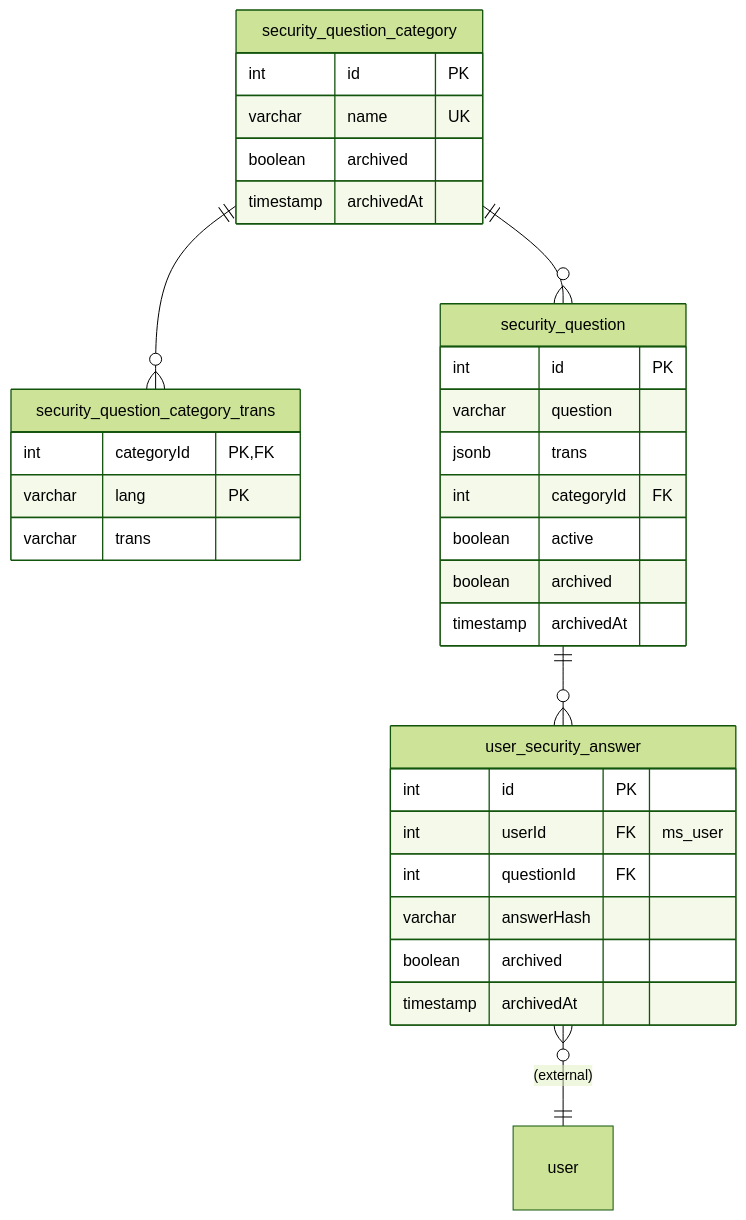
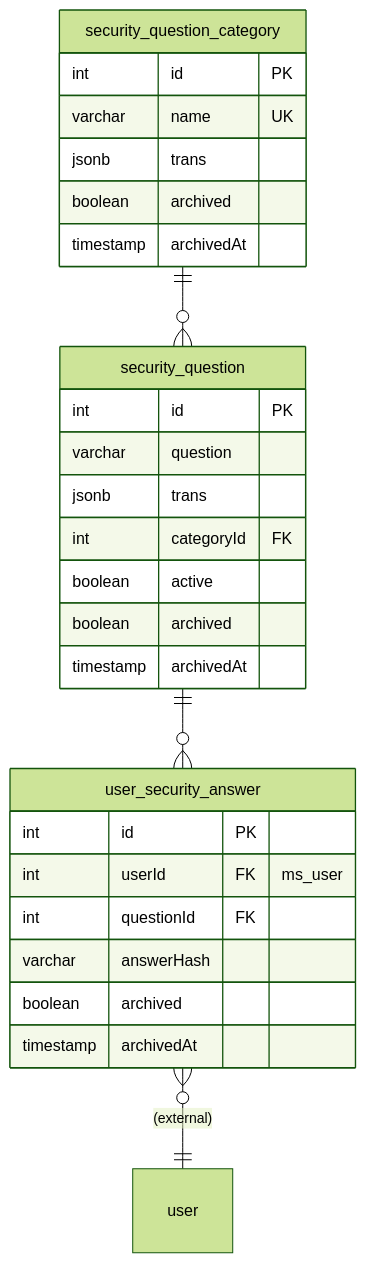
One commit to ALTEN-group/Foxnox changed the second of 2 diagrams in doc/erd.md. Above: the diagram before and after it, drawn with Mermaid (forest theme). The commit also changed 6 other files, not shown here.

First line of the commit message:
refactor(security-questions): store category translations in a jsonb column

````diff
--- a/doc/erd.md
+++ b/doc/erd.md
@@ -89,48 +89,42 @@
 ```mermaid
 ---
 caption: Entity Relationship Diagram - Security Questions
 ---
 
 erDiagram
 
-  security_question_category ||--o{ security_question_category_trans : ""
   security_question_category ||--o{ security_question : ""
   security_question ||--o{ user_security_answer : ""
   user_security_answer }o--|| user : "(external)"
 
   security_question_category {
     int id PK
     varchar name UK
+    jsonb trans
     boolean archived
     timestamp archivedAt
-  }
-
-  security_question_category_trans {
-    int categoryId PK, FK
-    varchar lang PK
-    varchar trans
   }
 
   security_question {
     int id PK
     varchar question
     jsonb trans
     int categoryId FK
     boolean active
     boolean archived
     timestamp archivedAt
   }
 
   user_security_answer {
     int id PK
     int userId FK "ms_user"
     int questionId FK
     varchar answerHash
     boolean archived
     timestamp archivedAt
   }
 
   user {
 
   }
 ```
````
